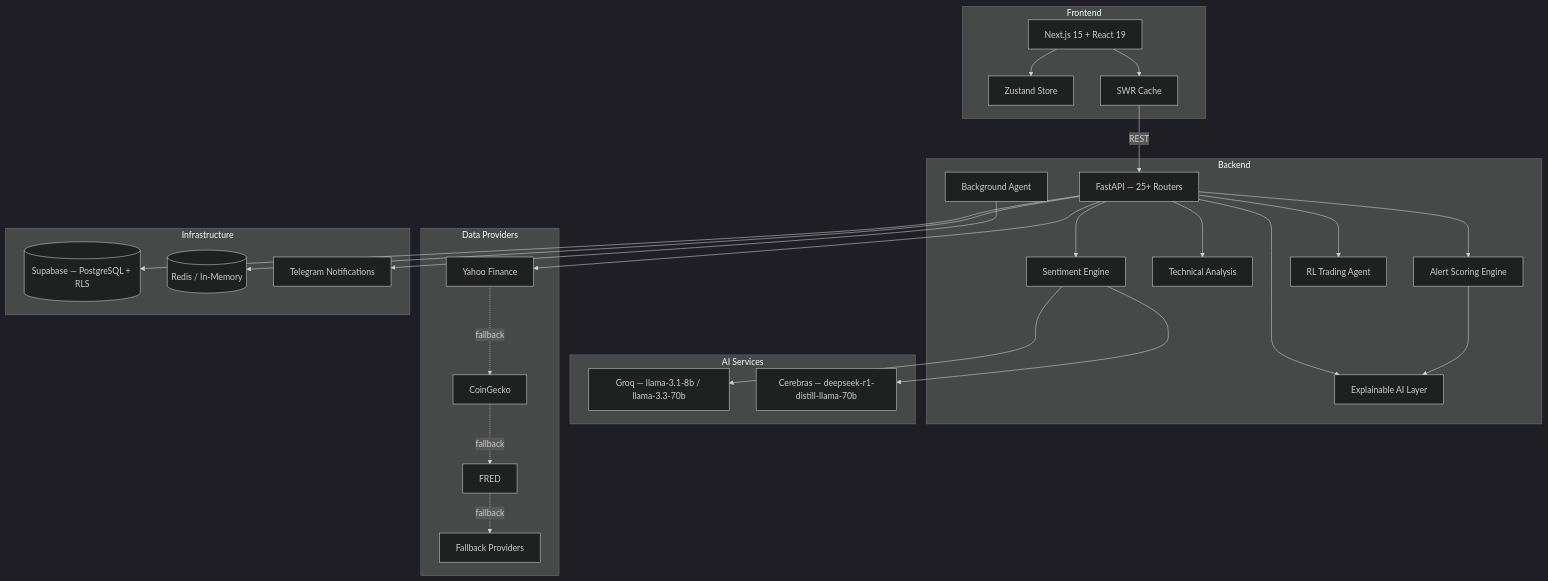
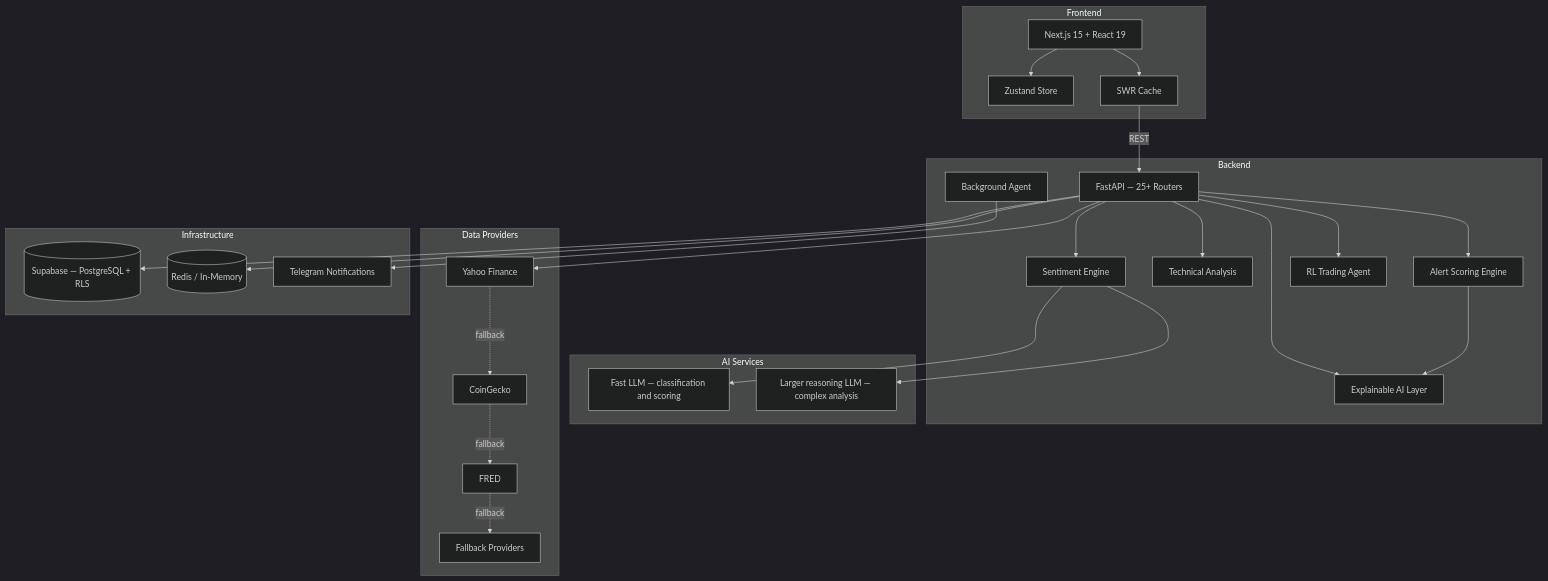
The diagram in README.md (diegoperezg7/MyInvestIA), drawn with Mermaid (dark theme) before and after one commit. The commit also changed other lines of this file and 4 other files, not shown here.

````diff
--- a/README.md
+++ b/README.md
@@ -9,53 +9,53 @@
 ```mermaid
 graph TB
     subgraph Frontend
         UI[Next.js 15 + React 19]
         ZS[Zustand Store]
         SWR[SWR Cache]
         UI --> ZS
         UI --> SWR
     end
 
     subgraph Backend
         API[FastAPI — 25+ Routers]
         SE[Sentiment Engine]
         TA[Technical Analysis]
         AE[Alert Scoring Engine]
         RL[RL Trading Agent]
         XAI[Explainable AI Layer]
         BG[Background Agent]
     end
 
     subgraph AI Services
-        GROQ[Groq — llama-3.1-8b / llama-3.3-70b]
-        CEREBRAS[Cerebras — deepseek-r1-distill-llama-70b]
+        FAST[Fast LLM — classification and scoring]
+        REASON[Larger reasoning LLM — complex analysis]
     end
 
     subgraph Data Providers
         YF[Yahoo Finance]
         CG[CoinGecko]
         FRED[FRED]
         FB[Fallback Providers]
         YF -.->|fallback| CG -.->|fallback| FRED -.->|fallback| FB
     end
 
     subgraph Infrastructure
         DB[(Supabase — PostgreSQL + RLS)]
         CACHE[(Redis / In-Memory)]
         TG[Telegram Notifications]
     end
 
     SWR -->|REST| API
     API --> SE
     API --> TA
     API --> AE
     API --> RL
     API --> XAI
-    SE --> GROQ
-    SE --> CEREBRAS
+    SE --> FAST
+    SE --> REASON
     AE --> XAI
     BG --> TG
     API --> DB
     API --> CACHE
     API --> YF
 ```
````
